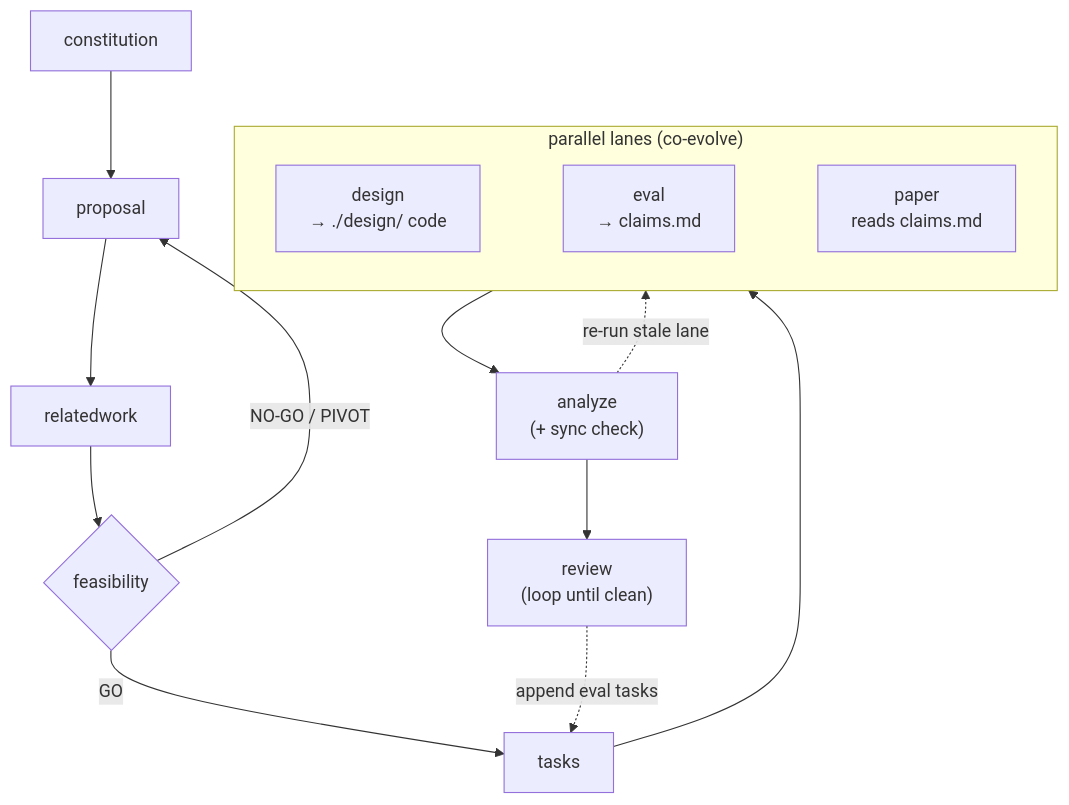
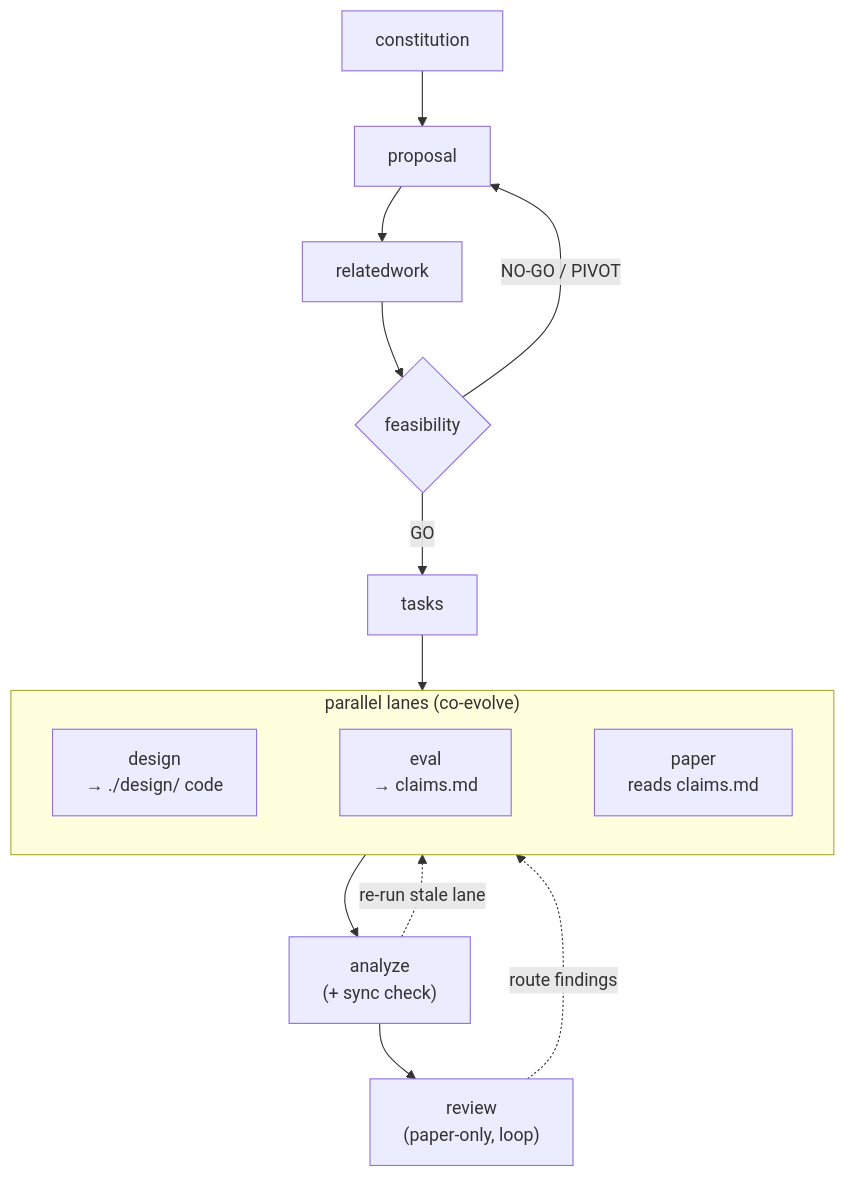
One commit to jiancui-research/research-kit changed the diagram in docs/workflow.md. Above: the diagram before and after it, drawn with Mermaid. The commit also changed other lines of this file and 5 other files, not shown here.

First line of the commit message:
review: paper-only reviewer sim, report-only (no auto-append to tasks/eval)

````diff
--- a/docs/workflow.md
+++ b/docs/workflow.md
@@ -7,17 +7,17 @@
 ```mermaid
 flowchart TD
     C[constitution] --> P[proposal] --> RW[relatedwork] --> F{feasibility}
     F -->|"NO-GO / PIVOT"| P
     F -->|GO| T[tasks]
     T --> L
 
     subgraph L["parallel lanes (co-evolve)"]
         direction LR
         D["design<br/>→ ./design/ code"] ~~~ E["eval<br/>→ claims.md"] ~~~ PA["paper<br/>reads claims.md"]
     end
 
     L --> AN["analyze<br/>(+ sync check)"]
     AN -.->|"re-run stale lane"| L
-    AN --> RV["review<br/>(loop until clean)"]
-    RV -.->|"append eval tasks"| T
+    AN --> RV["review<br/>(paper-only, loop)"]
+    RV -.->|"route findings"| L
 ```
````
